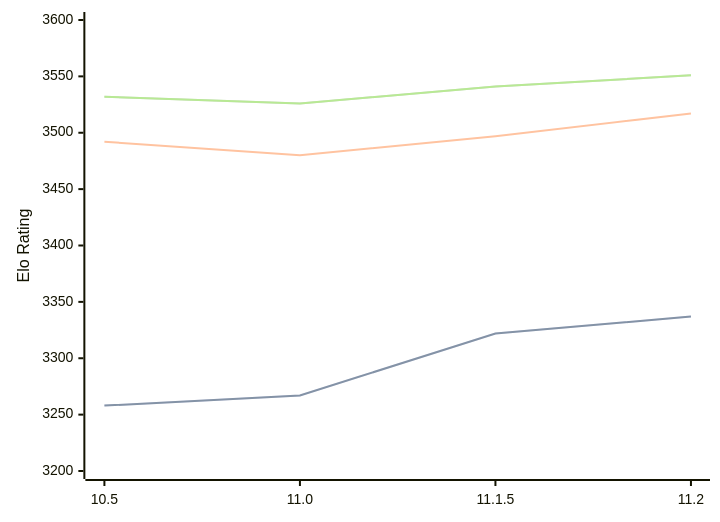
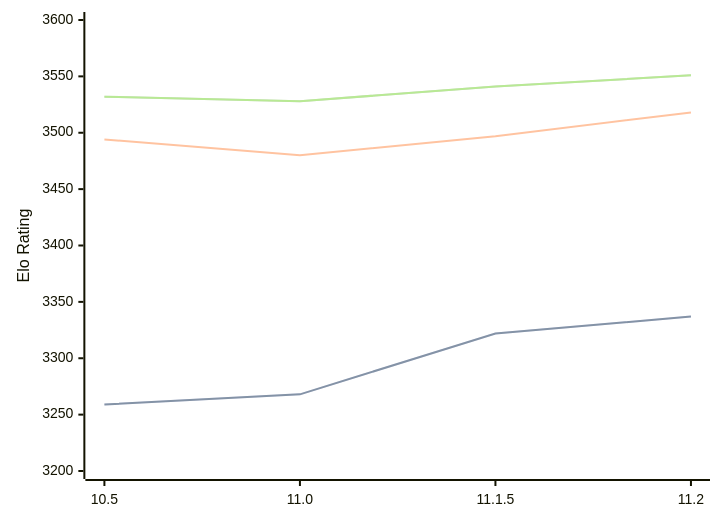
One commit to computer-chess-index/cci changed the diagram in engines/Lizard.md. Above: the diagram before and after it, drawn with Mermaid. The commit also changed other lines of this file, not shown here.

Commit message:
Update CCI Ratings (ELO VLTC) - 2026-03-13

````diff
--- a/engines/Lizard.md
+++ b/engines/Lizard.md
@@ -44,11 +44,11 @@
 ```mermaid
 %%{init: {"theme":"base","themeVariables":{"seriesColors:['#a3a3a3','#222221','#faa371']}}}%%
 xychart-beta
   x-axis ["10.5", "11.0", "11.1.5", "11.2"]
   y-axis "Elo Rating" 3200 --> 3600
-  line "STC (8.0+0.08s)" [3258, 3267, 3322, 3337]
-  line "STC (8.0+0.08s)" [3258, 3267, 3322, 3337]
-  line "LTC (60.0+0.60s)" [3492, 3480, 3497, 3517]
-  line "VLTC (2m24s+1.12s)" [3532, 3526, 3541, 3551]
-  line "VLTC (2m24s+1.12s)" [3532, 3526, 3541, 3551]
+  line "STC (8.0+0.08s)" [3259, 3268, 3322, 3337]
+  line "STC (8.0+0.08s)" [3259, 3268, 3322, 3337]
+  line "LTC (60.0+0.60s)" [3494, 3480, 3497, 3518]
+  line "VLTC (2m24s+1.12s)" [3532, 3528, 3541, 3551]
+  line "VLTC (2m24s+1.12s)" [3532, 3528, 3541, 3551]
 ```
````
